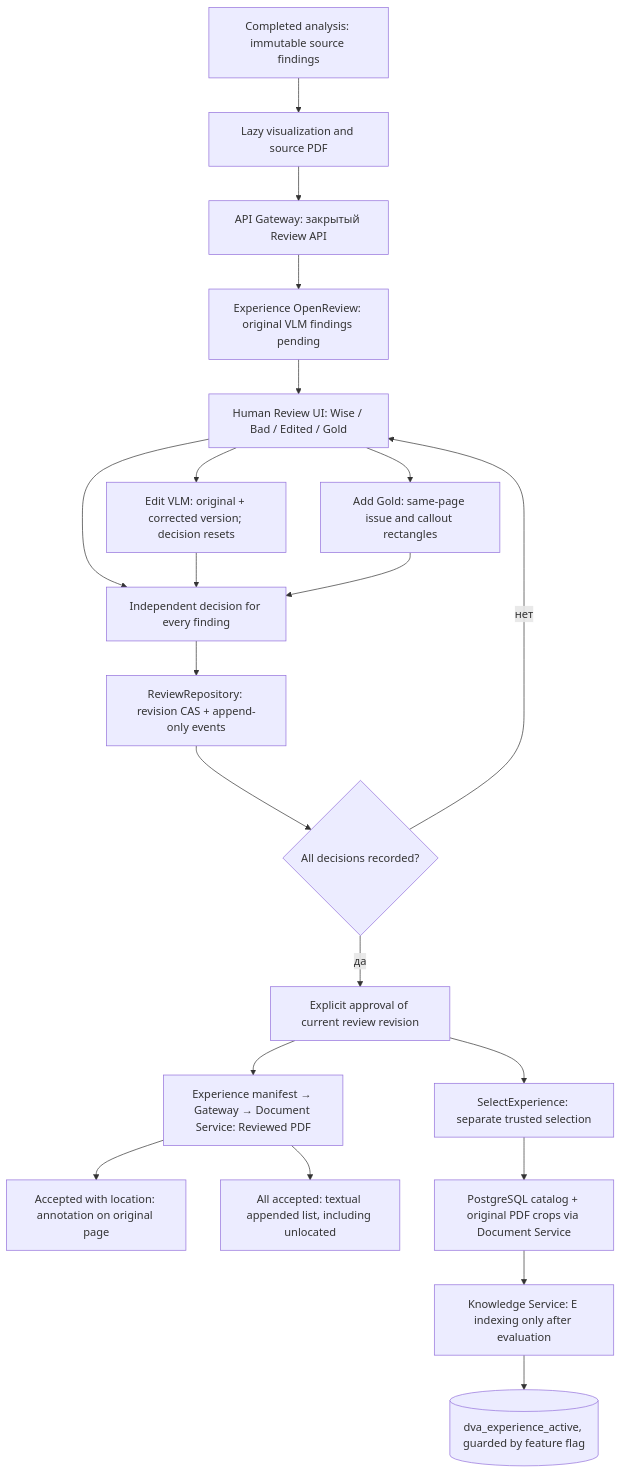
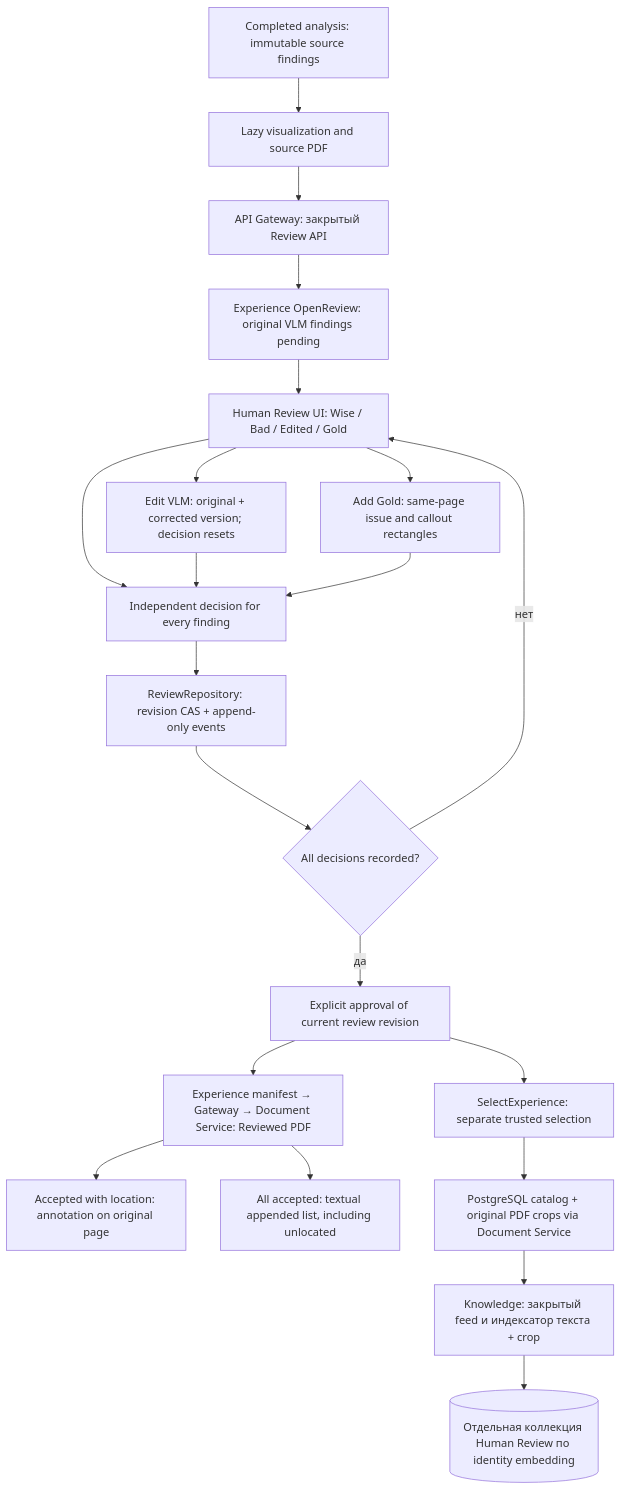
Before and after one commit to Amadu-A/PDRD-validation: diagram 11 of 15 in README.md, drawn with Mermaid. The commit also changed other lines of this file and 48 other files, not shown here.

Commit message:
feat: index trusted Human Review experience

````diff
--- a/README.md
+++ b/README.md
@@ -585,23 +585,23 @@
 ```mermaid
 flowchart TD
     A["Completed analysis: immutable source findings"] --> V["Lazy visualization and source PDF"]
     V --> GW["API Gateway: закрытый Review API"]
     GW --> OPEN["Experience OpenReview: original VLM findings pending"]
     OPEN --> UI["Human Review UI: Wise / Bad / Edited / Gold"]
     UI --> EDIT["Edit VLM: original + corrected version; decision resets"]
     UI --> MANUAL["Add Gold: same-page issue and callout rectangles"]
     UI --> DECIDE["Independent decision for every finding"]
     EDIT --> DECIDE
     MANUAL --> DECIDE
     DECIDE --> CAS["ReviewRepository: revision CAS + append-only events"]
     CAS --> ALL{"All decisions recorded?"}
     ALL -->|нет| UI
     ALL -->|да| APPROVE["Explicit approval of current review revision"]
     APPROVE --> PDF["Experience manifest → Gateway → Document Service: Reviewed PDF"]
     PDF --> PAGE["Accepted with location: annotation on original page"]
     PDF --> TEXT["All accepted: textual appended list, including unlocated"]
     APPROVE --> PICK["SelectExperience: separate trusted selection"]
     PICK --> STORE["PostgreSQL catalog + original PDF crops via Document Service"]
-    STORE --> INDEX["Knowledge Service: E indexing only after evaluation"]
-    INDEX --> QD[("dva_experience_active, guarded by feature flag")]
+    STORE --> INDEX["Knowledge: закрытый feed и индексатор текста + crop"]
+    INDEX --> QD[("Отдельная коллекция Human Review по identity embedding")]
 ```
````
